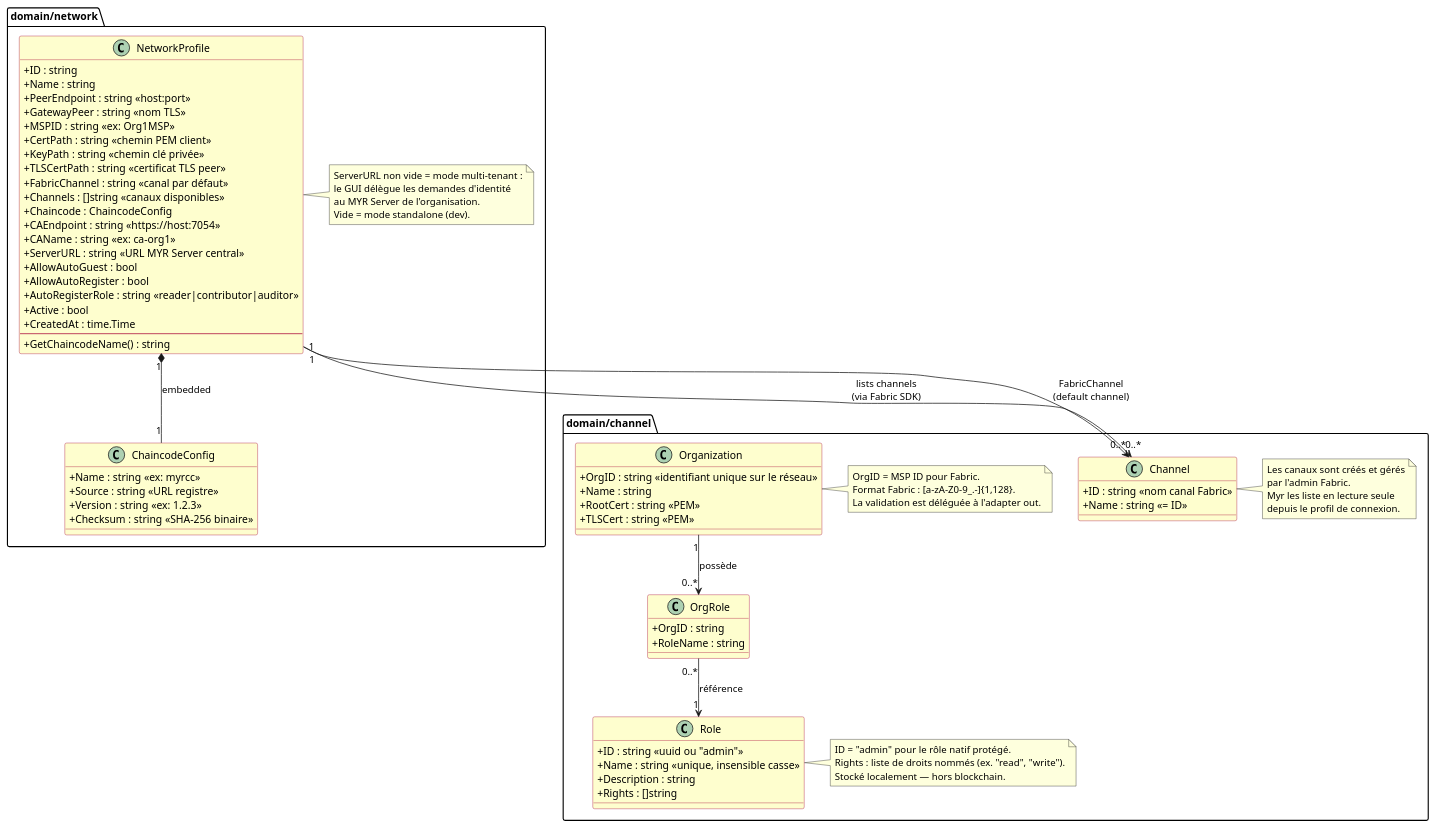
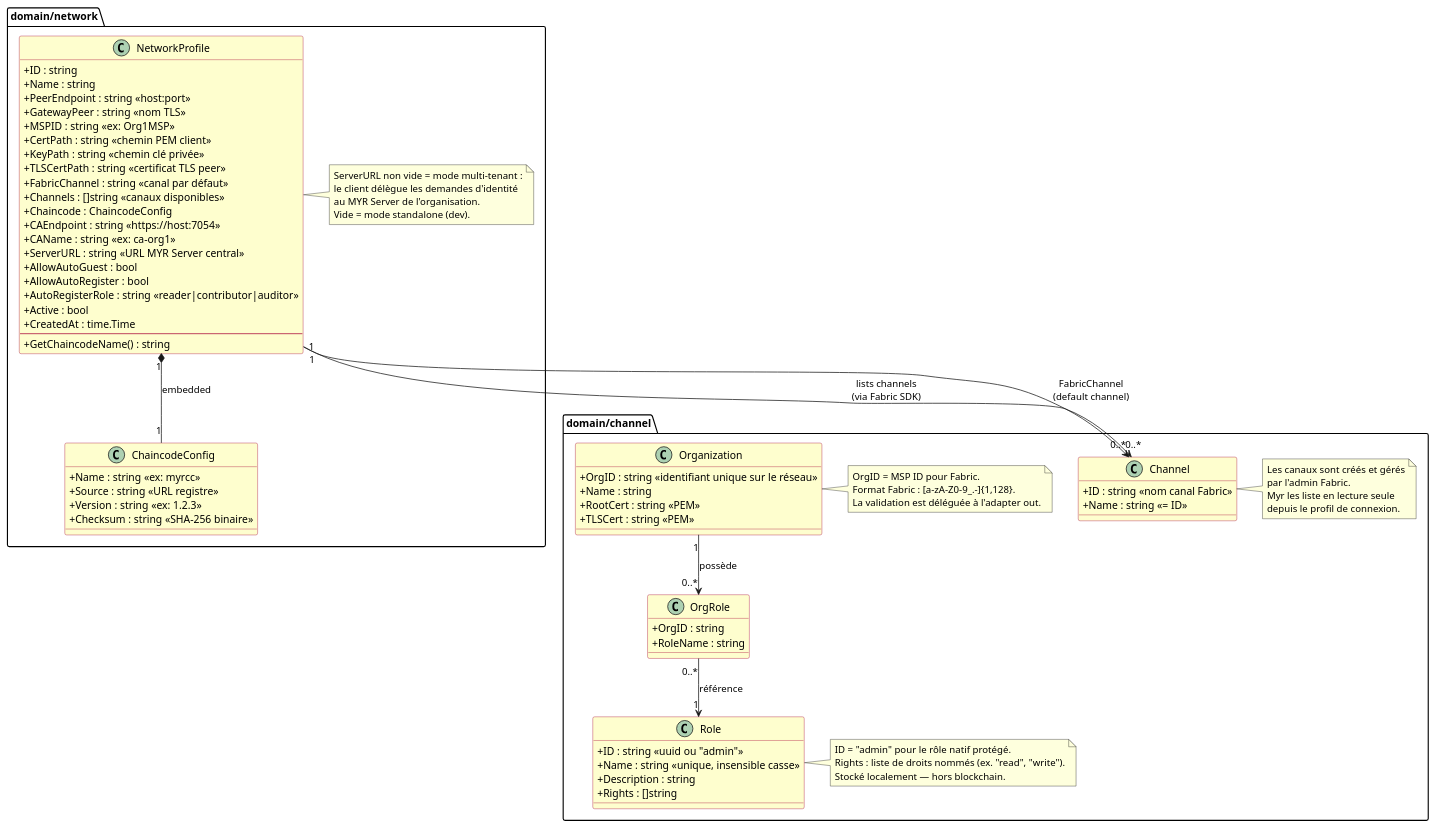
Before and after one commit to olivaux/myr: the first of 5 diagrams in specs/3-Conception/DC_D2_Administration.md, drawn with PlantUML. The commit also changed other lines of this file and 17 other files, not shown here.

```diff
--- a/specs/3-Conception/DC_D2_Administration.md
+++ b/specs/3-Conception/DC_D2_Administration.md
@@ -50,7 +50,7 @@
 
   note right of NetworkProfile
     ServerURL non vide = mode multi-tenant :
-    le GUI délègue les demandes d'identité
+    le client délègue les demandes d'identité
     au MYR Server de l'organisation.
     Vide = mode standalone (dev).
   end note
```
